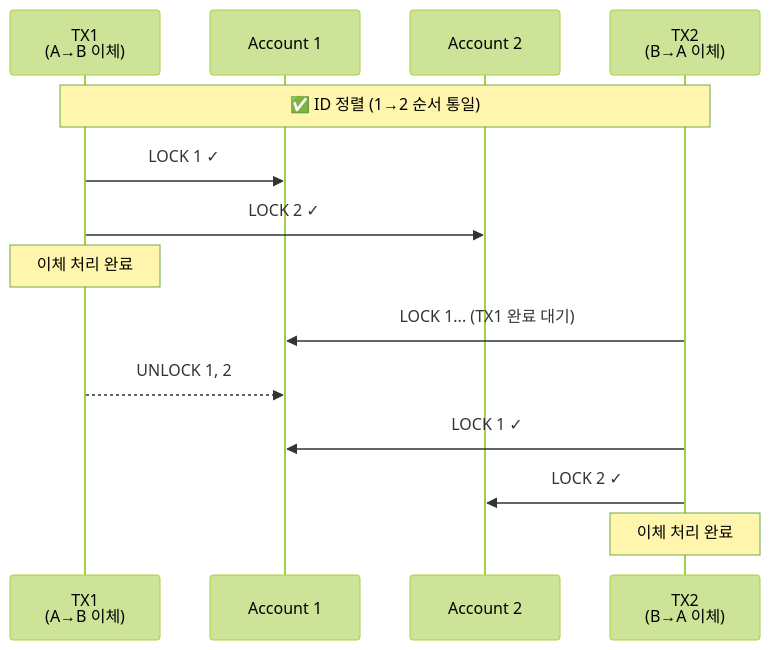
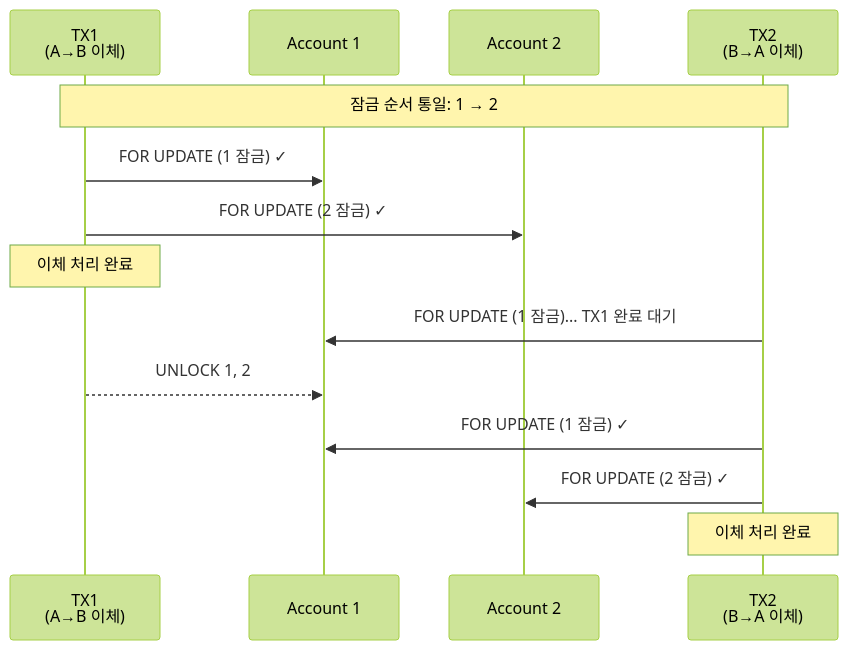
One commit to seokrae-labs/account-ledger-service changed the fourth of 8 diagrams in docs/DESIGN_DECISIONS.md. Above: the diagram before and after it, drawn with Mermaid (forest theme). The commit also changed other lines of this file, not shown here.

First line of the commit message:
docs: Deadlock Prevention 섹션 비교 다이어그램으로 교체 (#176)

````diff
--- a/docs/DESIGN_DECISIONS.md
+++ b/docs/DESIGN_DECISIONS.md
@@ -170,19 +137,19 @@
 ```mermaid
 sequenceDiagram
     participant TX1 as TX1<br/>(A→B 이체)
     participant Acc1 as Account 1
     participant Acc2 as Account 2
     participant TX2 as TX2<br/>(B→A 이체)
 
-    Note over TX1,TX2: ✅ ID 정렬 (1→2 순서 통일)
+    Note over TX1,TX2: 잠금 순서 통일: 1 → 2
 
-    TX1->>Acc1: LOCK 1 ✓
-    TX1->>Acc2: LOCK 2 ✓
+    TX1->>Acc1: FOR UPDATE (1 잠금) ✓
+    TX1->>Acc2: FOR UPDATE (2 잠금) ✓
     Note over TX1: 이체 처리 완료
 
-    TX2->>Acc1: LOCK 1... (TX1 완료 대기)
+    TX2->>Acc1: FOR UPDATE (1 잠금)... TX1 완료 대기
     TX1-->>Acc1: UNLOCK 1, 2
-    TX2->>Acc1: LOCK 1 ✓
-    TX2->>Acc2: LOCK 2 ✓
+    TX2->>Acc1: FOR UPDATE (1 잠금) ✓
+    TX2->>Acc2: FOR UPDATE (2 잠금) ✓
     Note over TX2: 이체 처리 완료
 ```
````
